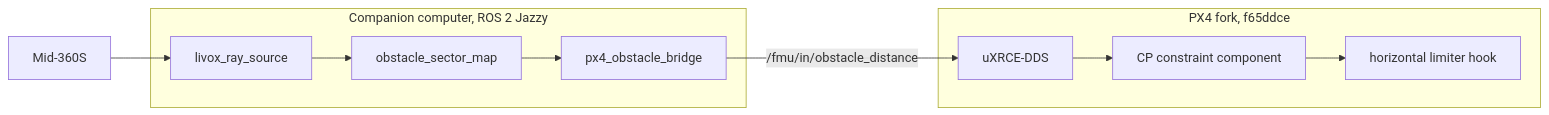
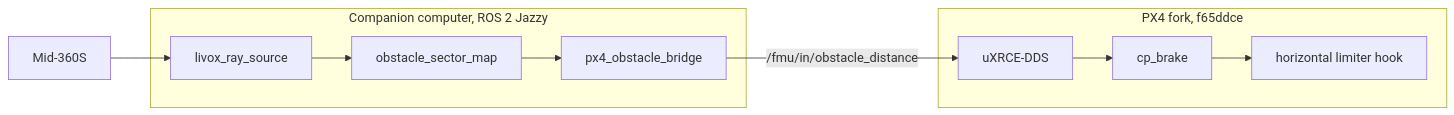
The second of 2 diagrams in docs/architecture.md (TanDatEmb/collision-prevention), drawn with Mermaid before and after one commit. The commit also changed other lines of this file and 3 other files, not shown here.

First line of the commit message:
docs(adr): decide custom cp_brake module for PX4 constraint (#10)

````diff
--- a/docs/architecture.md
+++ b/docs/architecture.md
@@ -111,13 +111,13 @@
 ```mermaid
 flowchart LR
   subgraph Orin[Companion computer, ROS 2 Jazzy]
     Src[livox_ray_source] --> Map[obstacle_sector_map]
     Map --> Br[px4_obstacle_bridge]
   end
   Lidar[Mid-360S] --> Src
   Br -->|/fmu/in/obstacle_distance| DDS[uXRCE-DDS]
   subgraph FMU[PX4 fork, f65ddce]
-    DDS --> Cons[CP constraint component]
+    DDS --> Cons[cp_brake]
     Cons --> Hook[horizontal limiter hook]
   end
 ```
````
